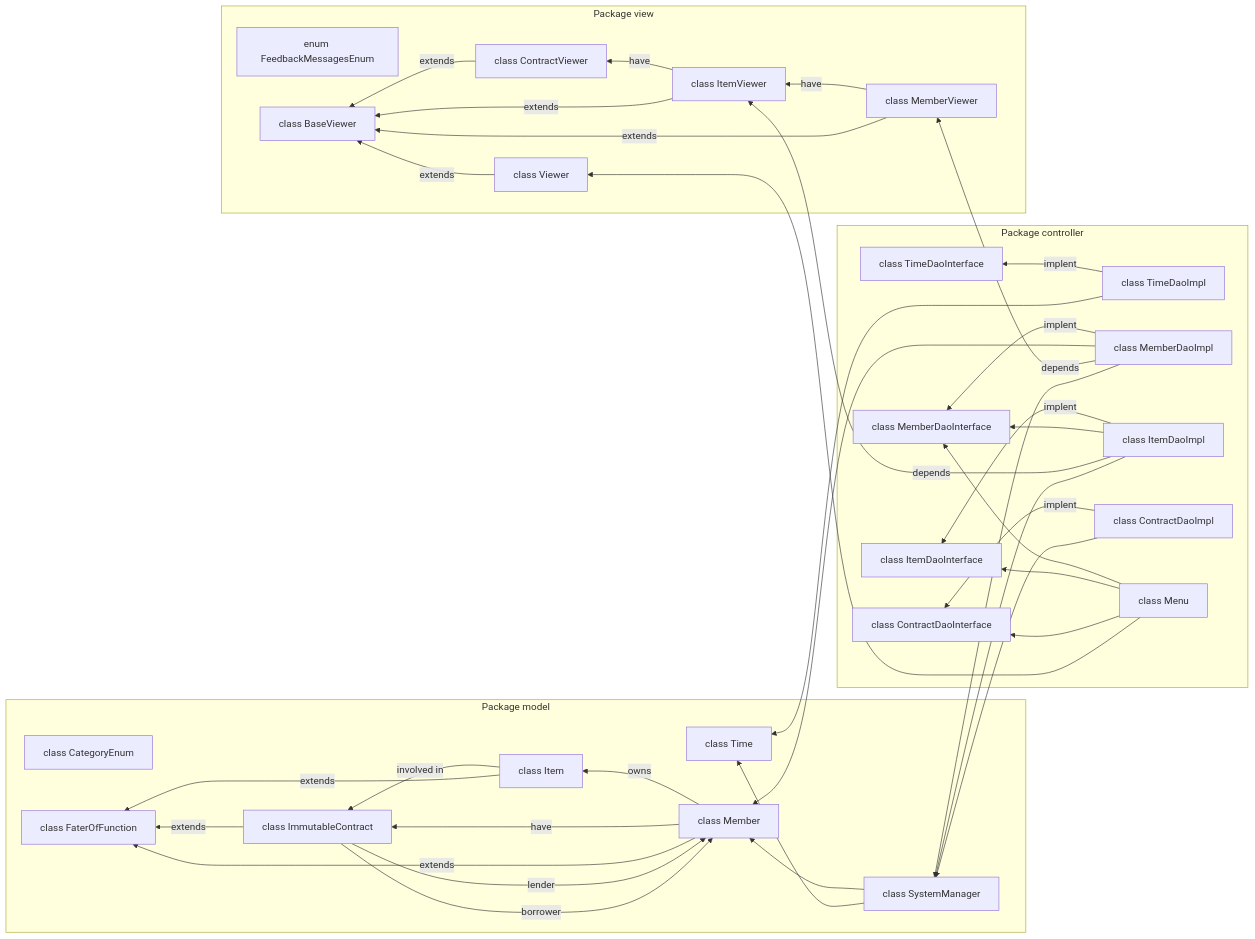
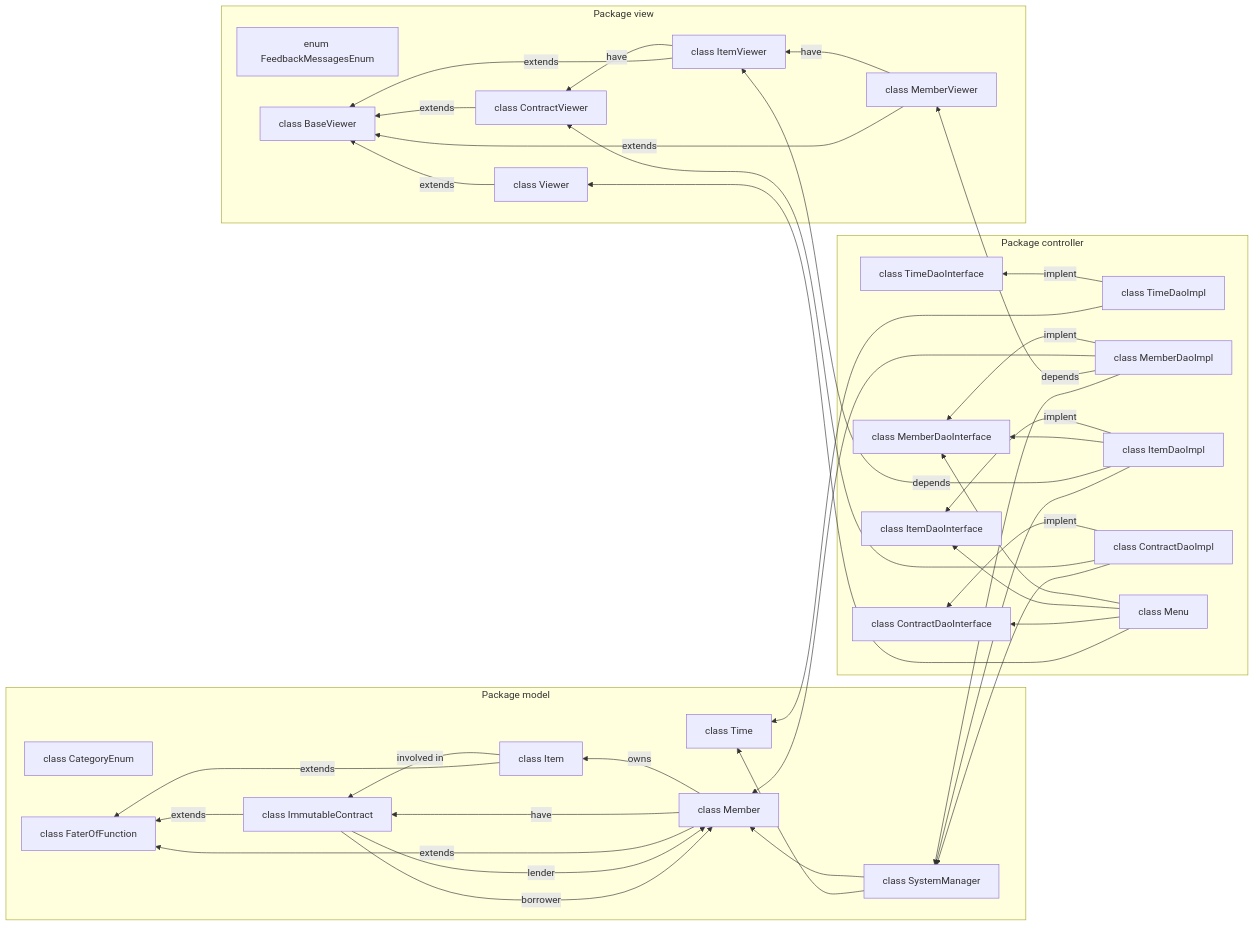
Before and after one commit to ashkar99/Stuff-Lending-System: the first of 5 diagrams in design.md, drawn with Mermaid.

Commit message:
Update file design.md

```diff
--- a/design.md
+++ b/design.md
@@ -45,6 +45,7 @@
     controller9 --> controller3
     controller9 --> controller5
     controller9 --> controller7
+    controller8 --> view3
 
     controller1 --> model1
     controller4 --> model2
```
